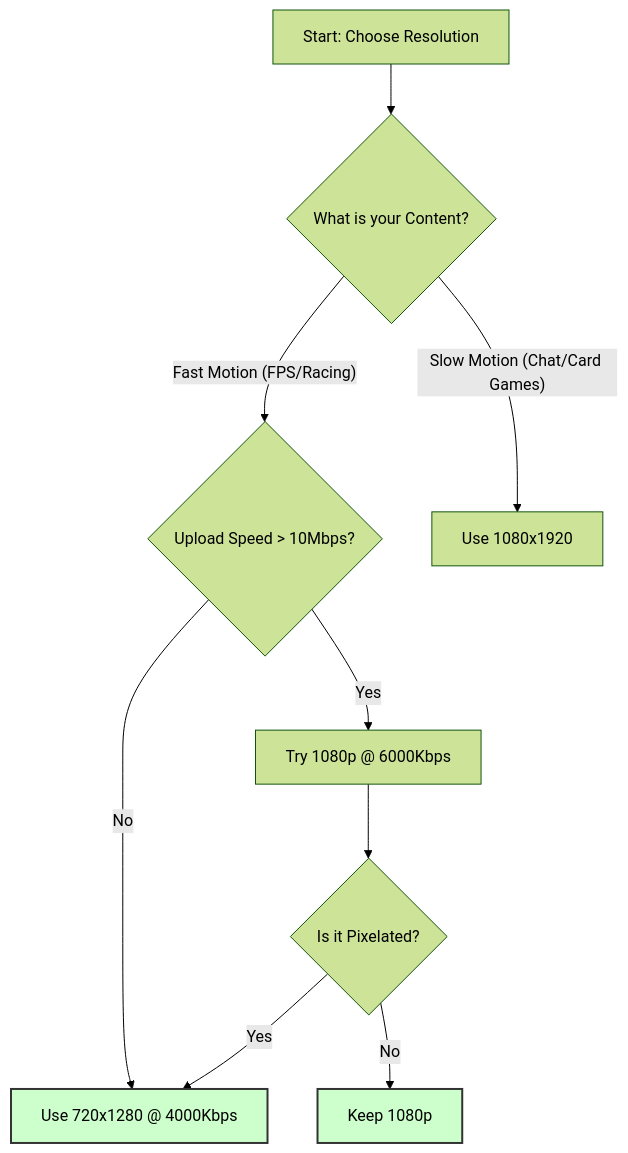
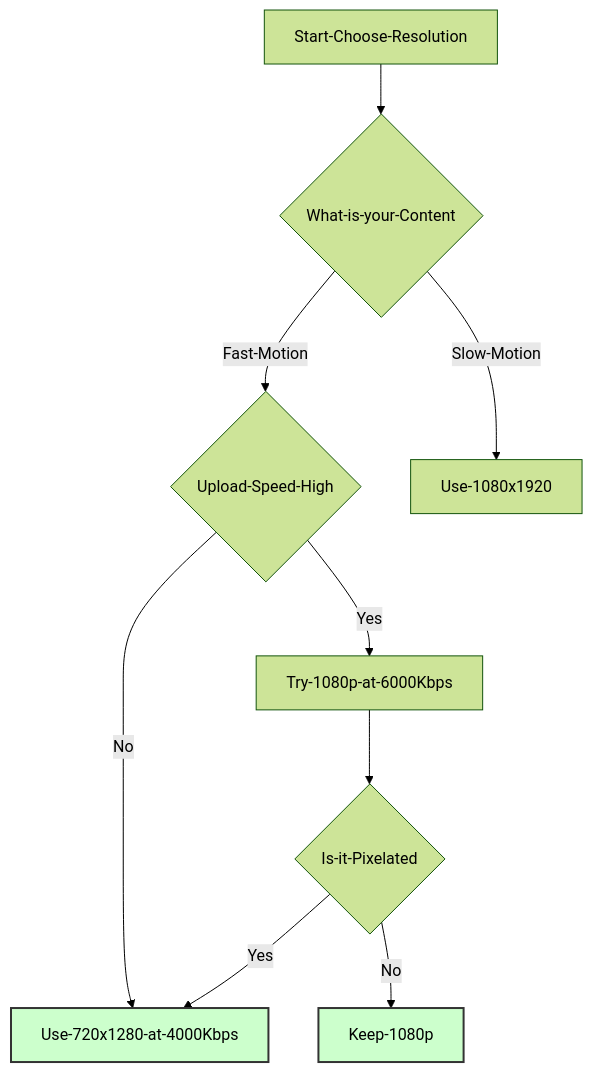
The diagram in data/blog/obs-resolution-settings-tiktok-live-1080p-vs-720p-2026.mdx (littl3-boat/ttwise), drawn with Mermaid (forest theme) before and after one commit. The commit also changed 35 other files, not shown here.

First line of the commit message:
feat: fix Mermaid diagram syntax across blog posts and add new Reddit-sourced blog entries

````diff
--- a/data/blog/obs-resolution-settings-tiktok-live-1080p-vs-720p-2026.mdx
+++ b/data/blog/obs-resolution-settings-tiktok-live-1080p-vs-720p-2026.mdx
@@ -95,14 +95,14 @@
   ```mermaid
-  graph TD
-    A[Start: Choose Resolution] --> B{What is your Content?}
-    B -- "Fast Motion (FPS/Racing)" --> C{Upload Speed > 10Mbps?}
-    B -- "Slow Motion (Chat/Card Games)" --> D[Use 1080x1920]
-    C -- "Yes" --> E[Try 1080p @ 6000Kbps]
-    C -- "No" --> F[Use 720x1280 @ 4000Kbps]
-    E --> G{Is it Pixelated?}
-    G -- "Yes" --> F
-    G -- "No" --> H[Keep 1080p]
+  flowchart TD
+    A[Start-Choose-Resolution] --> B{What-is-your-Content}
+    B -- Fast-Motion --> C{Upload-Speed-High}
+    B -- Slow-Motion --> D[Use-1080x1920]
+    C -- Yes --> E[Try-1080p-at-6000Kbps]
+    C -- No --> F[Use-720x1280-at-4000Kbps]
+    E --> G{Is-it-Pixelated}
+    G -- Yes --> F
+    G -- No --> H[Keep-1080p]
     
     style F fill:#ccffcc,stroke:#333,stroke-width:2px
     style H fill:#ccffcc,stroke:#333,stroke-width:2px
-  ```
+```
````
